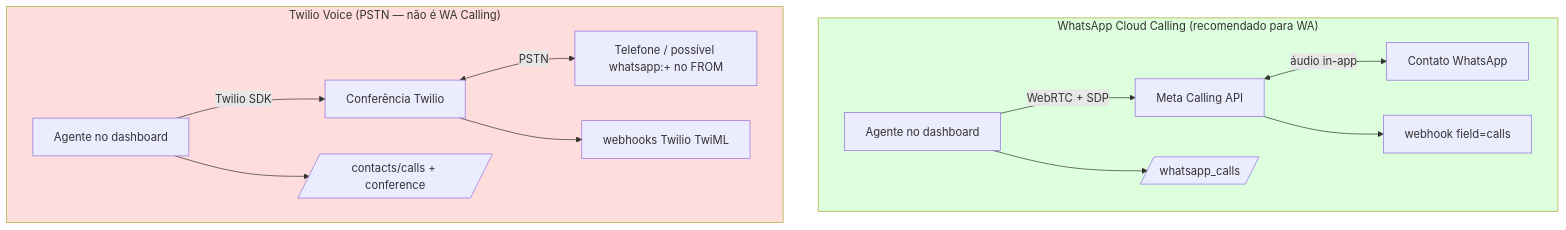
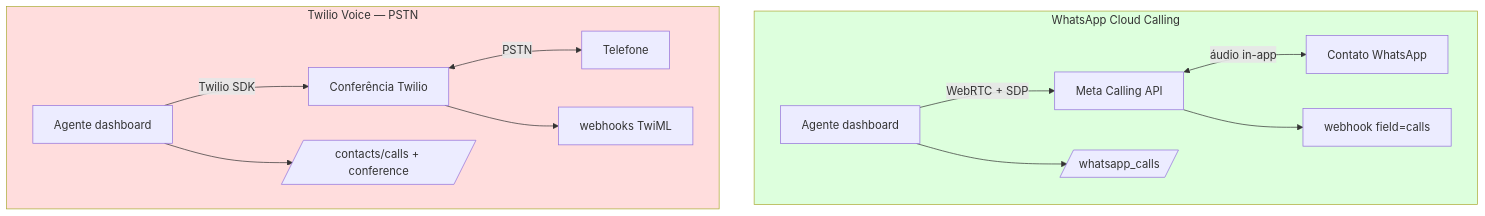
The diagram in doc/feature/whatsapp-voice/twilio-vs-whatsapp-native.md (cesar-carlos/chatwoot), drawn with Mermaid before and after one commit. The commit also changed other lines of this file and 16 other files, not shown here.

First line of the commit message:
docs(whatsapp): reanalyze provider and voice integration guides

````diff
--- a/doc/feature/whatsapp-voice/twilio-vs-whatsapp-native.md
+++ b/doc/feature/whatsapp-voice/twilio-vs-whatsapp-native.md
@@ -129,19 +107,19 @@
 ```mermaid
 flowchart TB
-    subgraph WA_Native["WhatsApp Cloud Calling (recomendado para WA)"]
-        A1[Agente no dashboard] -->|WebRTC + SDP| M1[Meta Calling API]
+    subgraph WA_Native["WhatsApp Cloud Calling"]
+        A1[Agente dashboard] -->|WebRTC + SDP| M1[Meta Calling API]
         M1 <-->|áudio in-app| C1[Contato WhatsApp]
         A1 --> API1[/whatsapp_calls/]
         M1 --> WH1[webhook field=calls]
     end
 
-    subgraph Twilio_PSTN["Twilio Voice (PSTN — não é WA Calling)"]
-        A2[Agente no dashboard] -->|Twilio SDK| T1[Conferência Twilio]
-        T1 <-->|PSTN| C2[Telefone / possível whatsapp:+ no FROM]
+    subgraph Twilio_PSTN["Twilio Voice — PSTN"]
+        A2[Agente dashboard] -->|Twilio SDK| T1[Conferência Twilio]
+        T1 <-->|PSTN| C2[Telefone]
         A2 --> API2[/contacts/calls + conference/]
-        T1 --> WH2[webhooks Twilio TwiML]
+        T1 --> WH2[webhooks TwiML]
     end
 
     style WA_Native fill:#dfd
     style Twilio_PSTN fill:#fdd
 ```
````
